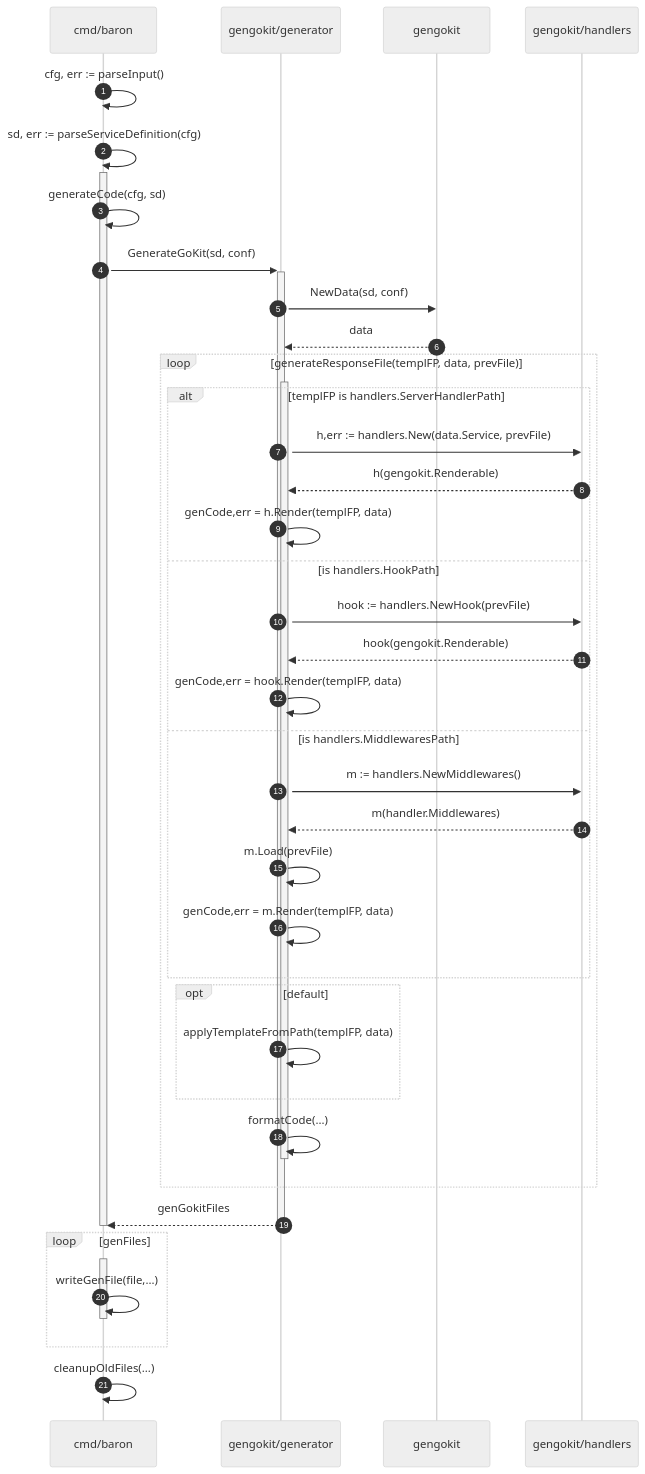
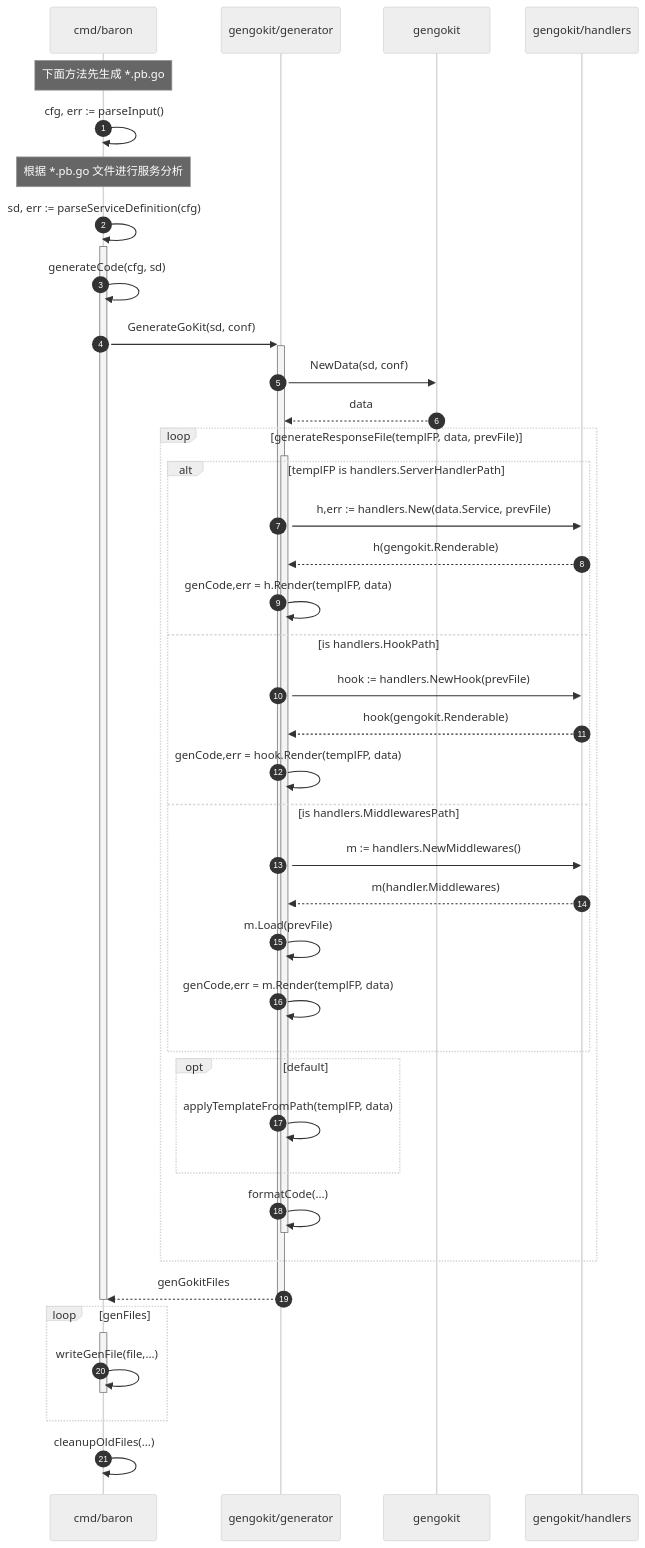
Before and after one commit to teamlint/baron: the diagram in layout.md, drawn with Mermaid (neutral theme). The commit also changed 25 other files, not shown here.

````diff
--- a/layout.md
+++ b/layout.md
@@ -5,49 +5,50 @@
 ```mermaid
 sequenceDiagram
 	participant baron as cmd/baron
 	participant generator as gengokit/generator
 	participant gengokit as gengokit
 	participant handlers as gengokit/handlers
   autonumber
-  
+  note over baron: 下面方法先生成 *.pb.go
   baron ->> baron: cfg, err := parseInput()
+  note over baron: 根据 *.pb.go 文件进行服务分析
   baron ->> baron: sd, err := parseServiceDefinition(cfg)
   activate baron
   baron ->> baron: generateCode(cfg, sd)
 	baron ->>+ generator: GenerateGoKit(sd, conf)
 	generator ->> gengokit: NewData(sd, conf)
 	gengokit -->> generator: data
 	loop generateResponseFile(templFP, data, prevFile)
 		activate generator
 		alt templFP is handlers.ServerHandlerPath
       generator ->> handlers: h,err := handlers.New(data.Service, prevFile)
       handlers -->> generator: h(gengokit.Renderable)
       generator ->> generator: genCode,err = h.Render(templFP, data)
     else is handlers.HookPath
     	generator ->> handlers: hook := handlers.NewHook(prevFile)
       handlers -->> generator: hook(gengokit.Renderable)
       generator ->> generator: genCode,err = hook.Render(templFP, data)
     else is handlers.MiddlewaresPath
      	generator ->> handlers: m := handlers.NewMiddlewares()
       handlers -->> generator: m(handler.Middlewares)
       generator ->> generator: m.Load(prevFile)
       generator ->> generator: genCode,err = m.Render(templFP, data)
 		end
 		opt default
 			 generator ->> generator: applyTemplateFromPath(templFP, data)
 		end
 		generator ->> generator: formatCode(...)
 		deactivate generator
 	end
 	generator -->>- baron: genGokitFiles
 	deactivate baron
 	loop genFiles
 	activate baron
 	baron ->> baron: writeGenFile(file,...)
 	deactivate baron
 	end
 	baron ->> baron: cleanupOldFiles(...)
 
 
 
 ```
````
